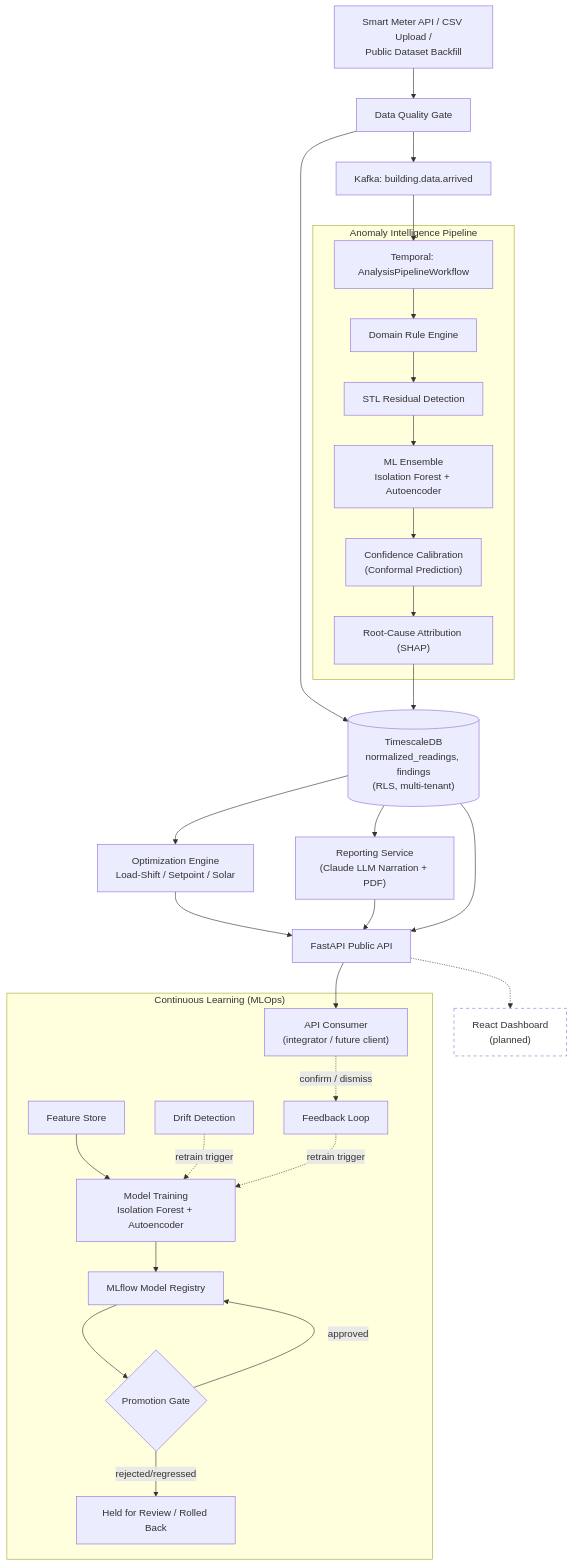
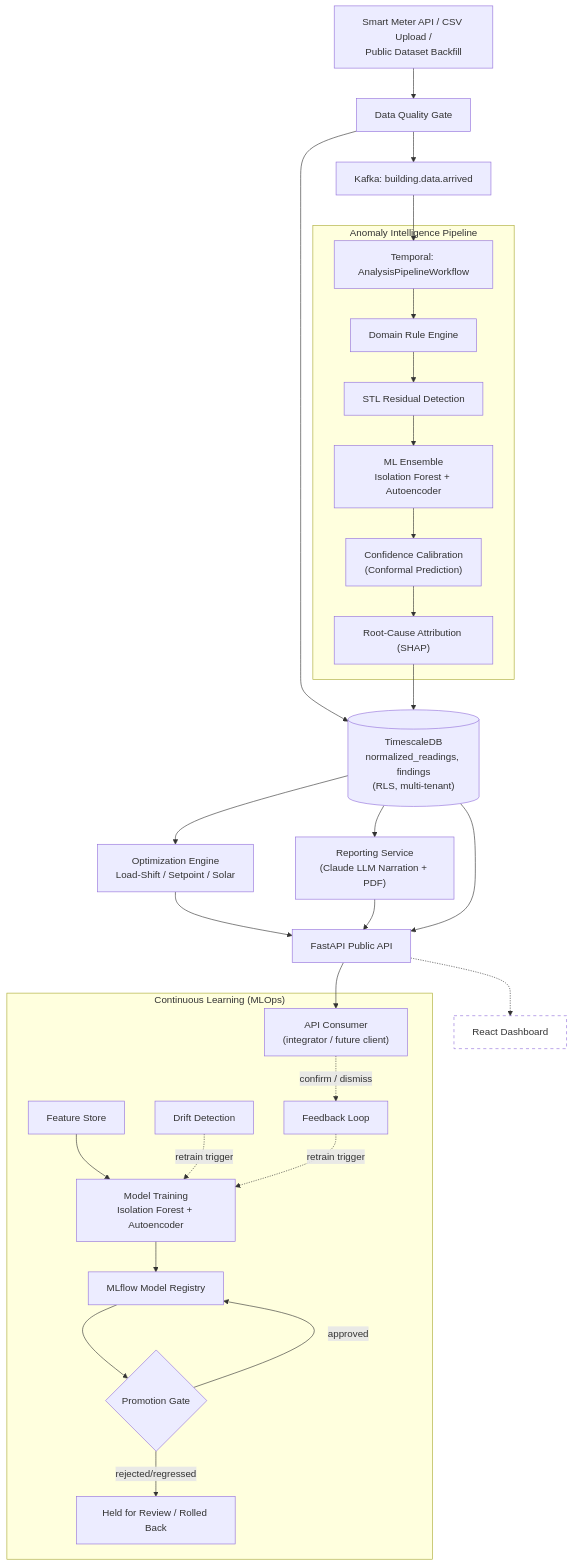
One commit to rniyati07/CarbonSense changed the diagram in README.md. Above: the diagram before and after it, drawn with Mermaid.

Commit message:
Fix formatting in React Dashboard reference

````diff
--- a/README.md
+++ b/README.md
@@ -39,38 +39,38 @@
 ```mermaid
 flowchart TB
     A["Smart Meter API / CSV Upload /\nPublic Dataset Backfill"] --> B["Data Quality Gate"]
     B --> C[("TimescaleDB\nnormalized_readings, findings\n(RLS, multi-tenant)")]
     B --> D["Kafka: building.data.arrived"]
     D --> E["Temporal: AnalysisPipelineWorkflow"]
 
     subgraph PIPE["Anomaly Intelligence Pipeline"]
         E --> F["Domain Rule Engine"]
         F --> G["STL Residual Detection"]
         G --> H["ML Ensemble\nIsolation Forest + Autoencoder"]
         H --> I["Confidence Calibration\n(Conformal Prediction)"]
         I --> J["Root-Cause Attribution (SHAP)"]
     end
 
     J --> C
     C --> K["Optimization Engine\nLoad-Shift / Setpoint / Solar"]
     C --> L["Reporting Service\n(Claude LLM Narration + PDF)"]
     K --> M["FastAPI Public API"]
     L --> M
     C --> M
     M --> N["API Consumer\n(integrator / future client)"]
-    M -.-> W["React Dashboard\n(planned)"]
+    M -.-> W["React Dashboard\n"]
 
     subgraph MLOPS["Continuous Learning (MLOps)"]
         O["Feature Store"] --> P["Model Training\nIsolation Forest + Autoencoder"]
         P --> Q["MLflow Model Registry"]
         Q --> R{"Promotion Gate"}
         R -- approved --> Q
         R -- rejected/regressed --> S["Held for Review / Rolled Back"]
         T["Drift Detection"] -. retrain trigger .-> P
         U["Feedback Loop"] -. retrain trigger .-> P
         N -. confirm / dismiss .-> U
     end
 
     classDef planned stroke-dasharray: 5 5,fill:transparent;
     class W planned;
 ```
````
